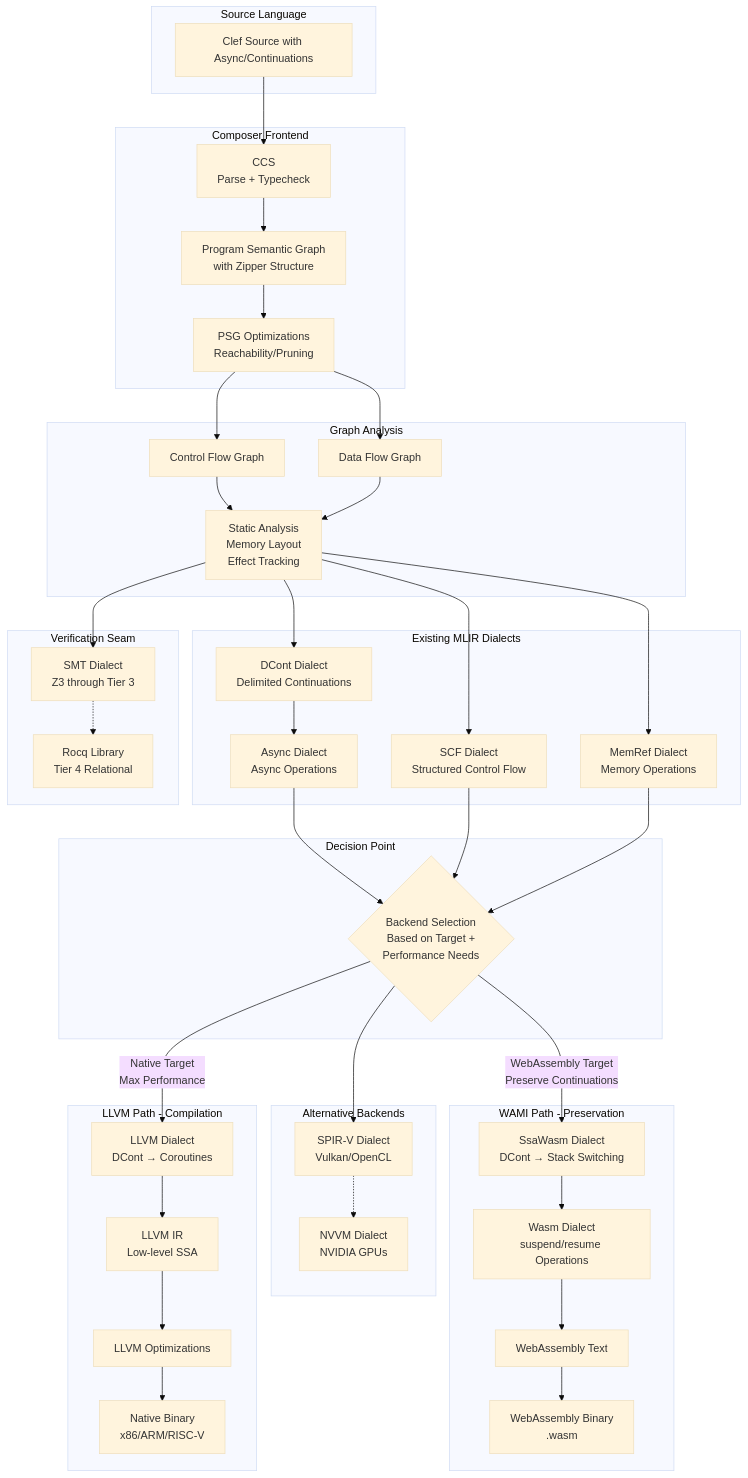
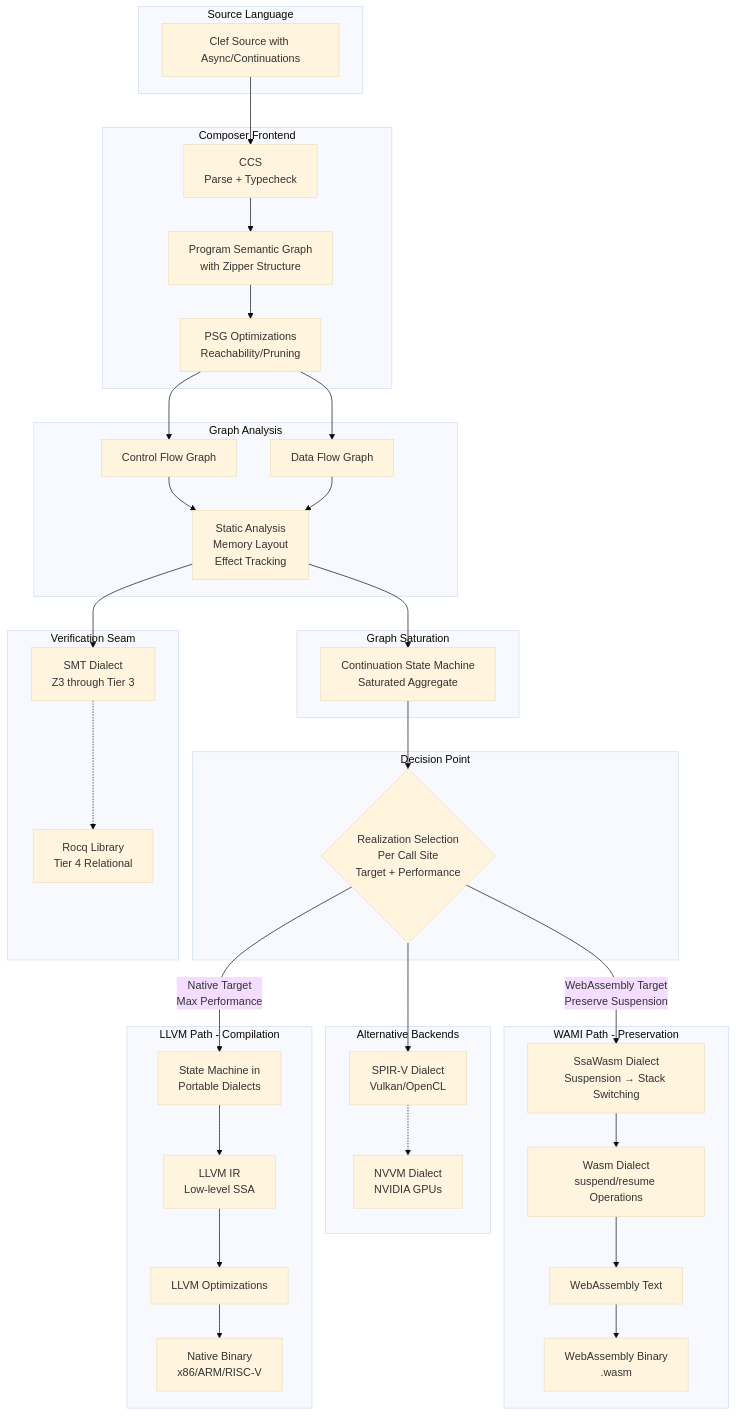
The first of 3 diagrams in hugo/content/docs/design/concurrency/the-continuation-preservation-paradox.md (FidelityFramework/clef-lang-site), drawn with Mermaid (base theme) before and after one commit. The commit also changed other lines of this file and 5 other files, not shown here.

````diff
--- a/hugo/content/docs/design/concurrency/the-continuation-preservation-paradox.md
+++ b/hugo/content/docs/design/concurrency/the-continuation-preservation-paradox.md
@@ -46,56 +44,51 @@
 ```mermaid
 flowchart TD
     subgraph "Source Language"
         FS[Clef Source with Async/Continuations]
     end
 
     subgraph "Composer Frontend"
         FS --> FCS[CCS<br/>Parse + Typecheck]
         FCS --> PSG[Program Semantic Graph<br/>with Zipper Structure]
         PSG --> PSGOPT[PSG Optimizations<br/>Reachability/Pruning]
     end
 
     subgraph "Graph Analysis"
         PSGOPT --> CFG[Control Flow Graph]
         PSGOPT --> DFG[Data Flow Graph]
         CFG --> ANALYSIS[Static Analysis<br/>Memory Layout<br/>Effect Tracking]
         DFG --> ANALYSIS
     end
 
-    subgraph "Existing MLIR Dialects"
-        ANALYSIS --> DCONT[DCont Dialect<br/>Delimited Continuations]
-        ANALYSIS --> SCF[SCF Dialect<br/>Structured Control Flow]
-        ANALYSIS --> MEMREF[MemRef Dialect<br/>Memory Operations]
-        DCONT --> ASYNC[Async Dialect<br/>Async Operations]
+    subgraph "Graph Saturation"
+        ANALYSIS --> AGG[Continuation State Machine<br/>Saturated Aggregate]
     end
 
     subgraph "Decision Point"
-        ASYNC --> DECIDE{Backend Selection<br/>Based on Target +<br/>Performance Needs}
-        SCF --> DECIDE
-        MEMREF --> DECIDE
+        AGG --> DECIDE{Realization Selection<br/>Per Call Site<br/>Target + Performance}
     end
 
     subgraph "Alternative Backends"
         DECIDE --> SPIRV[SPIR-V Dialect<br/>Vulkan/OpenCL]
         SPIRV -.-> NVVM[NVVM Dialect<br/>NVIDIA GPUs]
     end
 
     subgraph "Verification Seam"
         ANALYSIS --> SMT[SMT Dialect<br/>Z3 through Tier 3]
         SMT -.-> ROCQ[Rocq Library<br/>Tier 4 Relational]
     end
 
     subgraph "WAMI Path - Preservation"
-        DECIDE -->|WebAssembly Target<br/>Preserve Continuations| SSAWASM[SsaWasm Dialect<br/>DCont → Stack Switching]
+        DECIDE -->|WebAssembly Target<br/>Preserve Suspension| SSAWASM[SsaWasm Dialect<br/>Suspension → Stack Switching]
         SSAWASM --> WASM[Wasm Dialect<br/>suspend/resume Operations]
         WASM --> WAT[WebAssembly Text]
         WAT --> WBIN[WebAssembly Binary<br/>.wasm]
     end
 
     subgraph "LLVM Path - Compilation"
-        DECIDE -->|Native Target<br/>Max Performance| LLVMDIALECT[LLVM Dialect<br/>DCont → Coroutines]
-        LLVMDIALECT --> LLVMIR[LLVM IR<br/>Low-level SSA]
+        DECIDE -->|Native Target<br/>Max Performance| STATE[State Machine in<br/>Portable Dialects]
+        STATE --> LLVMIR[LLVM IR<br/>Low-level SSA]
         LLVMIR --> OPT[LLVM Optimizations]
         OPT --> NATIVE[Native Binary<br/>x86/ARM/RISC-V]
     end
 ```
````
